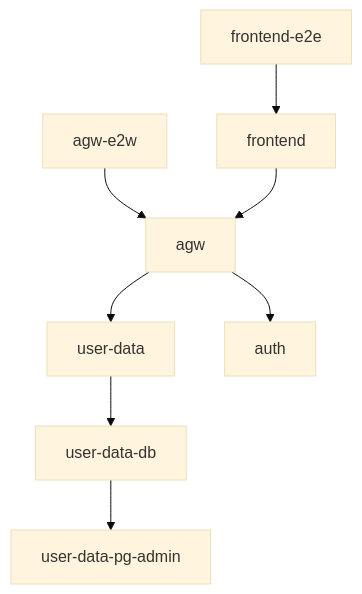
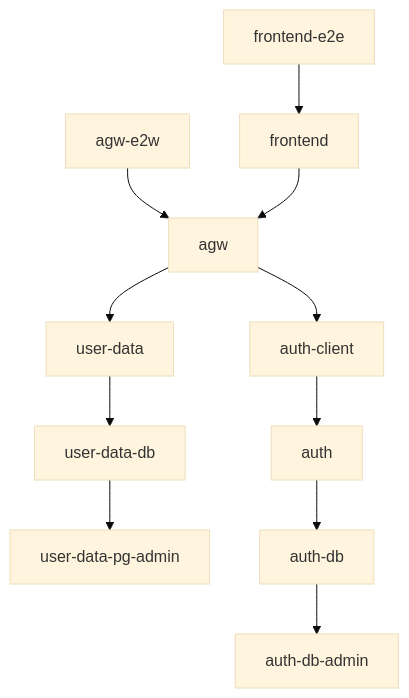
The diagram in README.md (IT-Lab-KubSU/platform), drawn with Mermaid (base theme) before and after one commit. The commit also changed 2 other files, not shown here.

Commit message:
docs: updated graphs

````diff
--- a/README.md
+++ b/README.md
@@ -47,10 +47,13 @@
 ```mermaid
 graph TD;
     agw-e2w-->agw;
     frontend-e2e-->frontend;
     frontend-->agw;
     agw-->user-data;
     user-data-->user-data-db;
     user-data-db-->user-data-pg-admin;
-    agw-->auth;
+    agw-->auth-client;
+    auth-client-->auth;
+    auth-->auth-db;
+    auth-db-->auth-db-admin;
 ```
````
